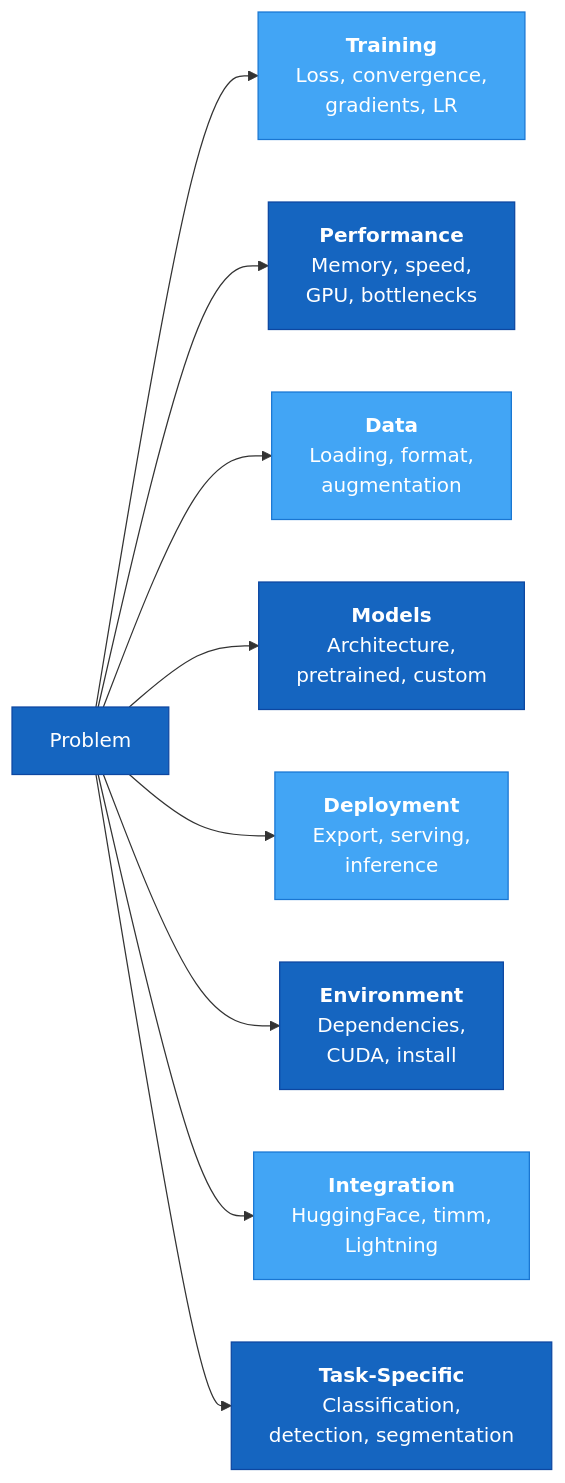
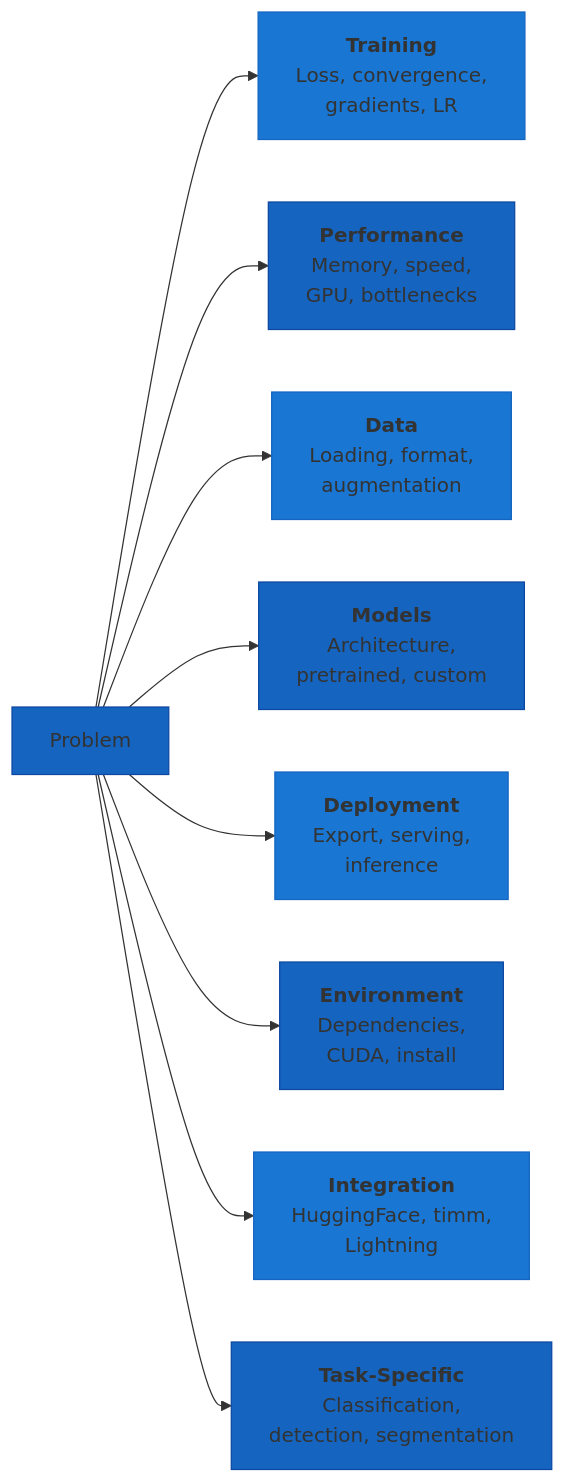
One commit to theja-vanka/AutoTimm changed the diagram in docs/troubleshooting/index.md. Above: the diagram before and after it, drawn with Mermaid. The commit also changed 37 other files, not shown here.

````diff
--- a/docs/troubleshooting/index.md
+++ b/docs/troubleshooting/index.md
@@ -7,21 +7,21 @@
 ```mermaid
 graph LR
     A[Problem] --> B[<b>Training</b><br/>Loss, convergence,<br/>gradients, LR]
     A --> C[<b>Performance</b><br/>Memory, speed,<br/>GPU, bottlenecks]
     A --> D[<b>Data</b><br/>Loading, format,<br/>augmentation]
     A --> E[<b>Models</b><br/>Architecture,<br/>pretrained, custom]
     A --> F[<b>Deployment</b><br/>Export, serving,<br/>inference]
     A --> G[<b>Environment</b><br/>Dependencies,<br/>CUDA, install]
     A --> H[<b>Integration</b><br/>HuggingFace, timm,<br/>Lightning]
     A --> I[<b>Task-Specific</b><br/>Classification,<br/>detection, segmentation]
 
-    style A fill:#1565C0,stroke:#0D47A1,color:#fff
-    style B fill:#42A5F5,stroke:#1976D2,color:#fff
-    style C fill:#1565C0,stroke:#0D47A1,color:#fff
-    style D fill:#42A5F5,stroke:#1976D2,color:#fff
-    style E fill:#1565C0,stroke:#0D47A1,color:#fff
-    style F fill:#42A5F5,stroke:#1976D2,color:#fff
-    style G fill:#1565C0,stroke:#0D47A1,color:#fff
-    style H fill:#42A5F5,stroke:#1976D2,color:#fff
-    style I fill:#1565C0,stroke:#0D47A1,color:#fff
+    style A fill:#1565C0,stroke:#0D47A1
+    style B fill:#1976D2,stroke:#1565C0
+    style C fill:#1565C0,stroke:#0D47A1
+    style D fill:#1976D2,stroke:#1565C0
+    style E fill:#1565C0,stroke:#0D47A1
+    style F fill:#1976D2,stroke:#1565C0
+    style G fill:#1565C0,stroke:#0D47A1
+    style H fill:#1976D2,stroke:#1565C0
+    style I fill:#1565C0,stroke:#0D47A1
 ```
````
